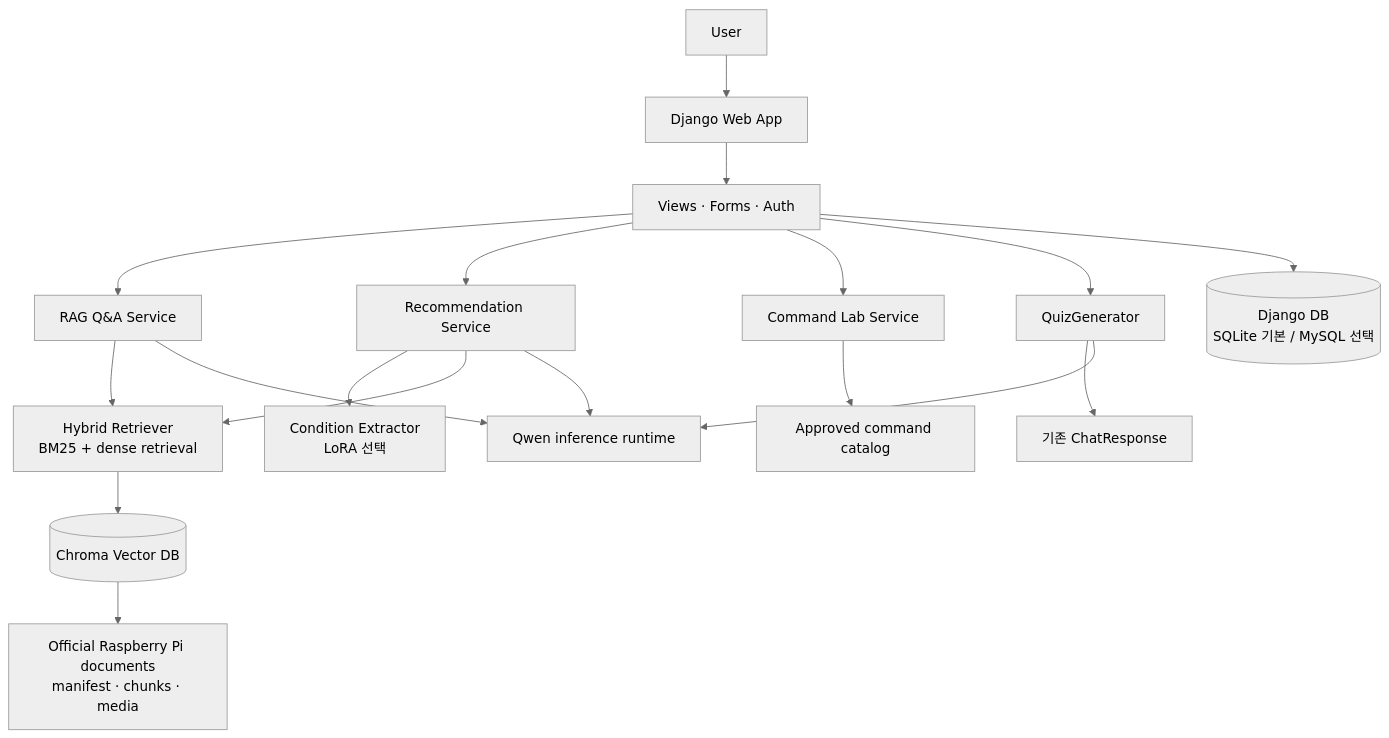
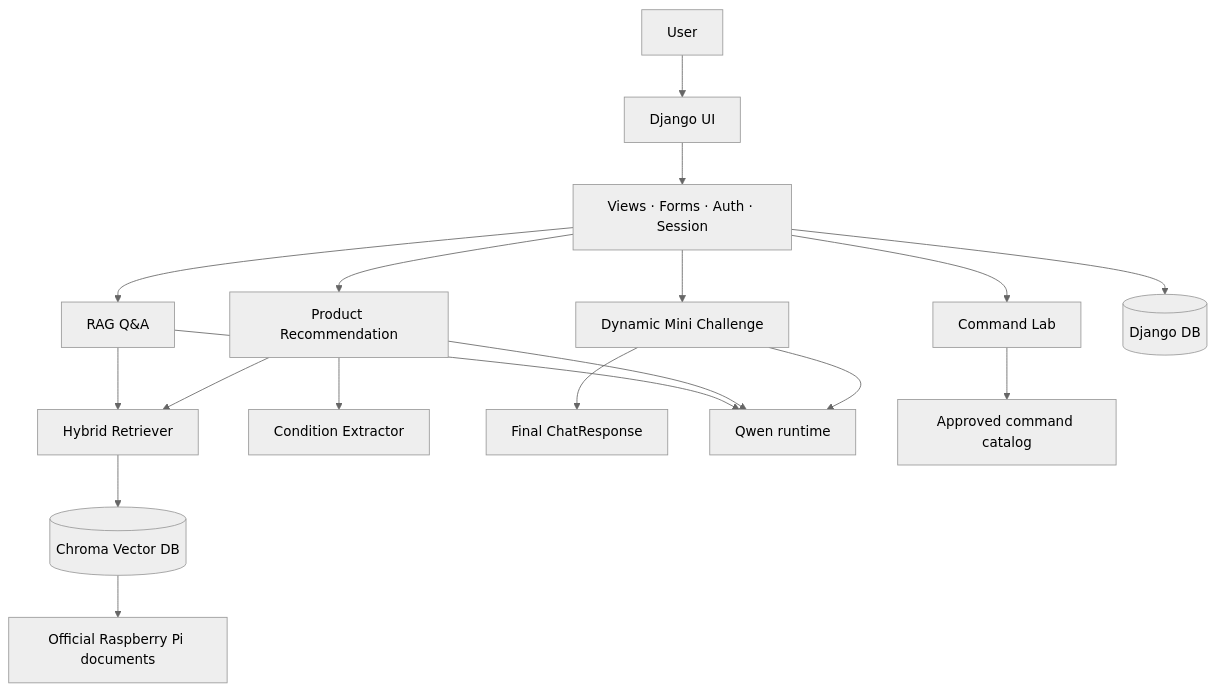
The diagram in README.md (skn-33-Raspberry-Pi-Assistant-4th/skn_33_4th_5team), drawn with Mermaid (neutral theme) before and after one commit. The commit also changed other lines of this file, not shown here.

````diff
--- a/README.md
+++ b/README.md
@@ -140,20 +29,21 @@
 ```mermaid
 flowchart TB
-    U[User] --> D[Django Web App]
-    D --> V[Views · Forms · Auth]
-    V --> QA[RAG Q&A Service]
-    V --> REC[Recommendation Service]
-    V --> CL[Command Lab Service]
-    V --> QZ[QuizGenerator]
-    V --> DB[(Django DB<br/>SQLite 기본 / MySQL 선택)]
-    QA --> HR[Hybrid Retriever<br/>BM25 + dense retrieval]
-    REC --> CE[Condition Extractor<br/>LoRA 선택]
+    U[User] --> F[Django UI]
+    F --> B[Views · Forms · Auth · Session]
+    B --> QA[RAG Q&A]
+    B --> REC[Product Recommendation]
+    B --> LAB[Command Lab]
+    B --> QUIZ[Dynamic Mini Challenge]
+    B --> DB[(Django DB)]
+
+    QA --> HR[Hybrid Retriever]
+    REC --> CE[Condition Extractor]
     REC --> HR
-    CL --> CC[Approved command catalog]
-    QZ --> QAOUT[기존 ChatResponse]
+    QUIZ --> QAOUT[Final ChatResponse]
+    QA --> QW[Qwen runtime]
+    REC --> QW
+    QUIZ --> QW
     HR --> VD[(Chroma Vector DB)]
-    VD --> DOC[Official Raspberry Pi documents<br/>manifest · chunks · media]
-    QA --> QW[Qwen inference runtime]
-    REC --> QW
-    QZ --> QW
+    VD --> DOC[Official Raspberry Pi documents]
+    LAB --> CAT[Approved command catalog]
 ```
````
